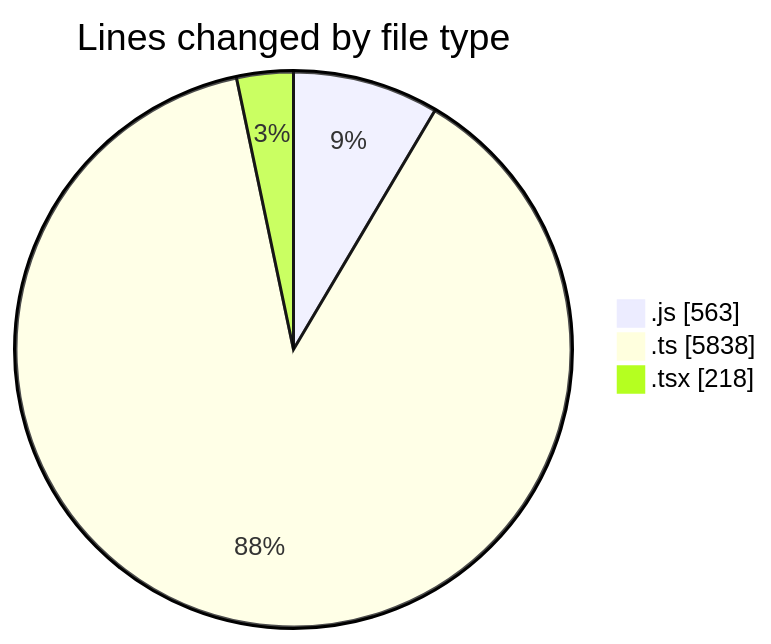
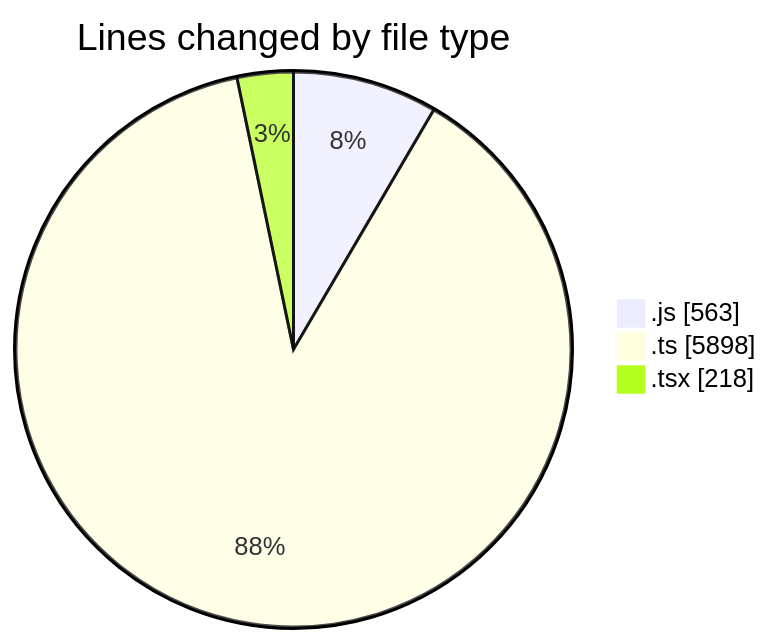
Before and after one commit to momahboobian/code-tracking: the first of 2 diagrams in 2025-11-14/cda/README.md, drawn with Mermaid. The commit also changed other lines of this file and 1 other file, not shown here.

````diff
--- a/2025-11-14/cda/README.md
+++ b/2025-11-14/cda/README.md
@@ -30,7 +31,7 @@
 ```mermaid
 pie showData
 title Lines changed by file type
 ".js" : 563
-".ts" : 5838
+".ts" : 5898
 ".tsx" : 218
 ```
````
